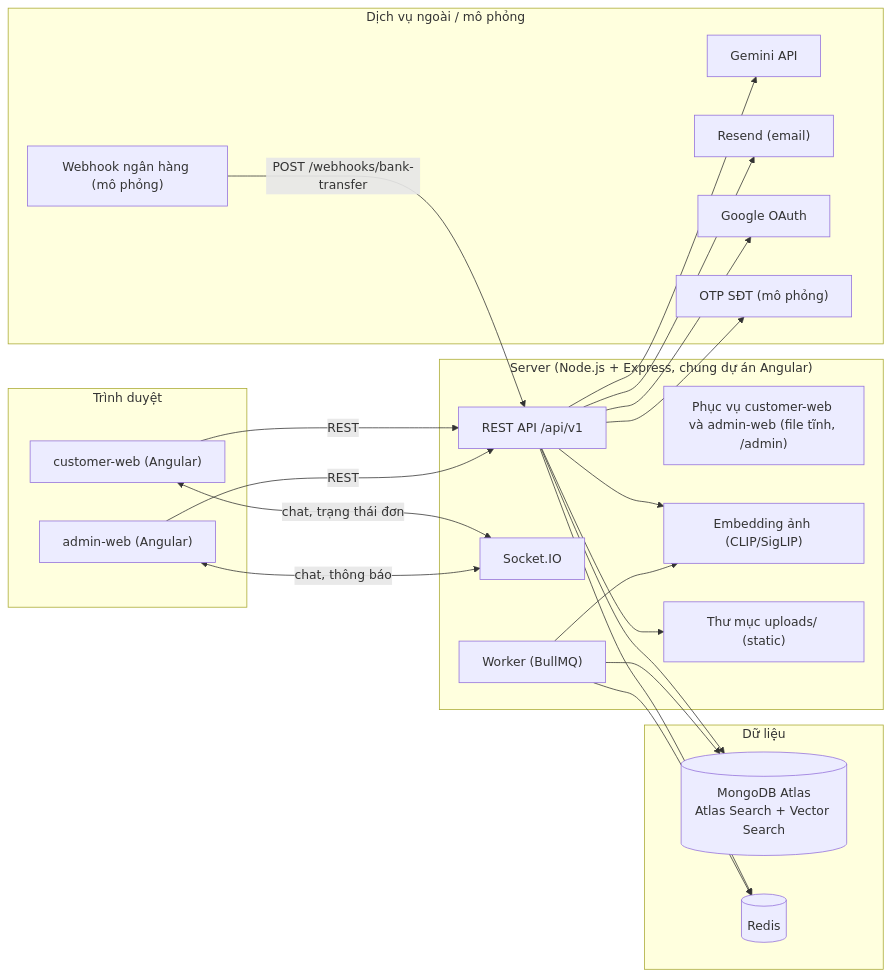
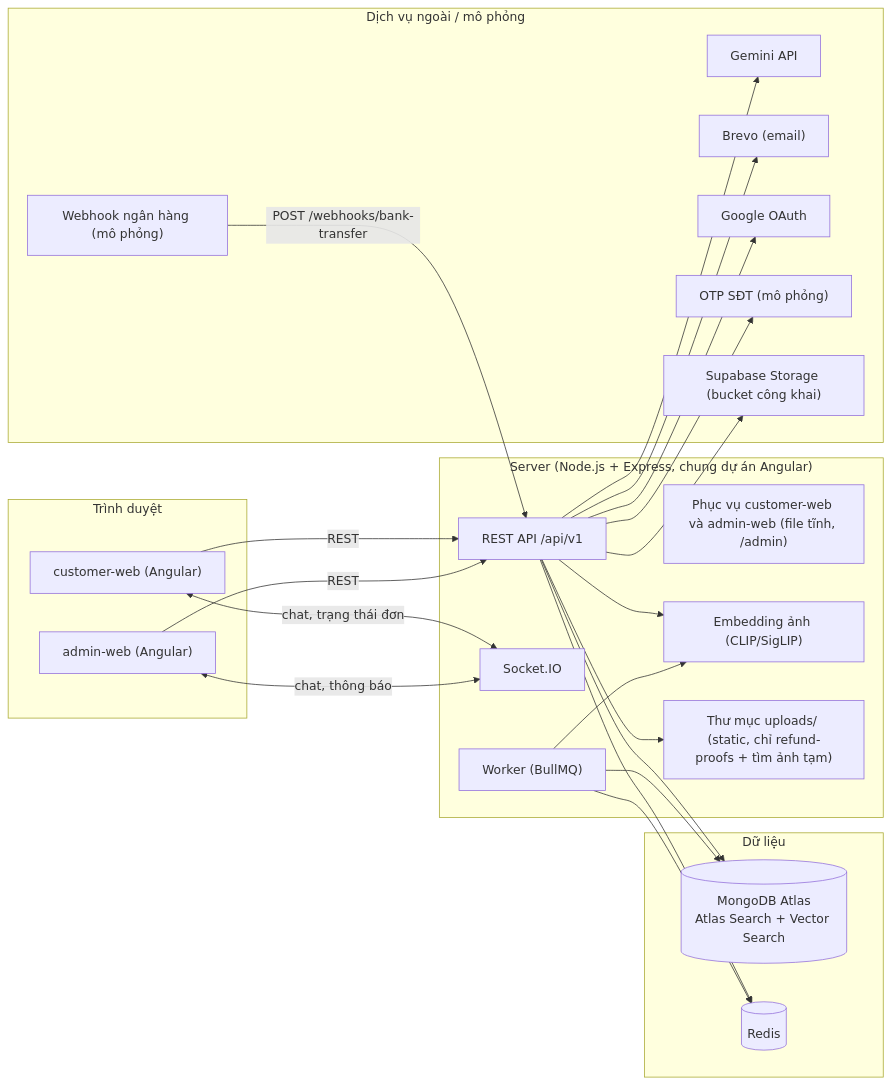
Before and after one commit to xinmotlansay/WEBADVANCE: the first of 3 diagrams in docs/architecture.md, drawn with Mermaid. The commit also changed other lines of this file and 11 other files, not shown here.

First line of the commit message:
feat(email): chuyển gửi email xác thực và thông báo từ Resend sang Brevo

````diff
--- a/docs/architecture.md
+++ b/docs/architecture.md
@@ -11,46 +11,48 @@
 ```mermaid
 flowchart LR
   subgraph Client["Trình duyệt"]
     C["customer-web (Angular)"]
     A["admin-web (Angular)"]
   end
 
   subgraph Server["Server (Node.js + Express, chung dự án Angular)"]
     STATIC["Phục vụ customer-web và admin-web (file tĩnh, /admin)"]
     API["REST API /api/v1"]
     WS["Socket.IO"]
     W["Worker (BullMQ)"]
     EMB["Embedding ảnh (CLIP/SigLIP)"]
-    FILES["Thư mục uploads/ (static)"]
+    FILES["Thư mục uploads/ (static, chỉ refund-proofs + tìm ảnh tạm)"]
   end
 
   subgraph Data["Dữ liệu"]
     M[("MongoDB Atlas<br/>Atlas Search + Vector Search")]
     R[("Redis")]
   end
 
   subgraph Ext["Dịch vụ ngoài / mô phỏng"]
     G["Gemini API"]
-    RS["Resend (email)"]
+    RS["Brevo (email)"]
     GO["Google OAuth"]
     BK["Webhook ngân hàng (mô phỏng)"]
     SMS["OTP SĐT (mô phỏng)"]
+    SB["Supabase Storage (bucket công khai)"]
   end
 
   C -->|REST| API
   A -->|REST| API
   C <-->|chat, trạng thái đơn| WS
   A <-->|chat, thông báo| WS
   API --> M
   API --> R
   API --> EMB
   API --> FILES
+  API --> SB
   W --> M
   W --> R
   W --> EMB
   API --> G
   API --> RS
   API --> GO
   API --> SMS
   BK -->|POST /webhooks/bank-transfer| API
 ```
````
